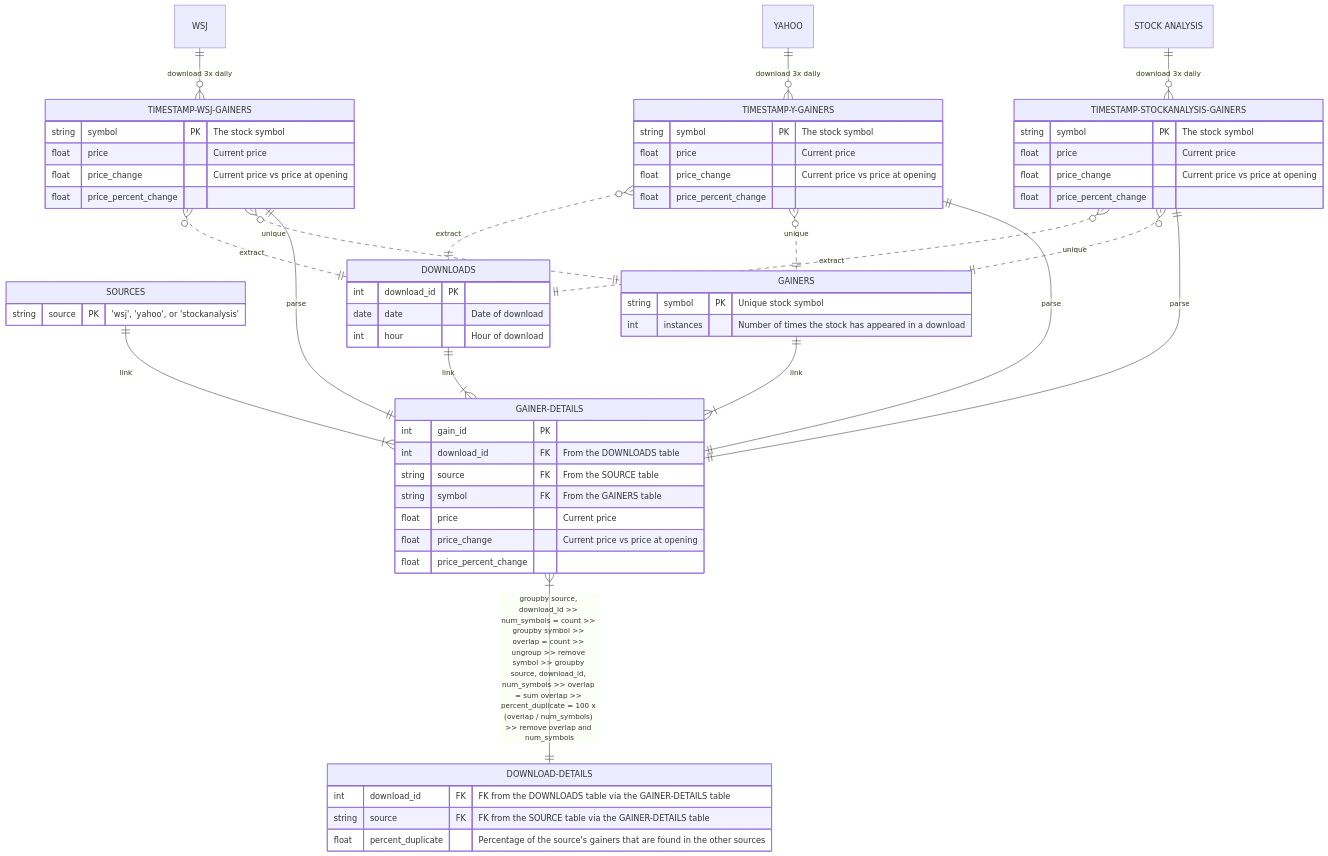
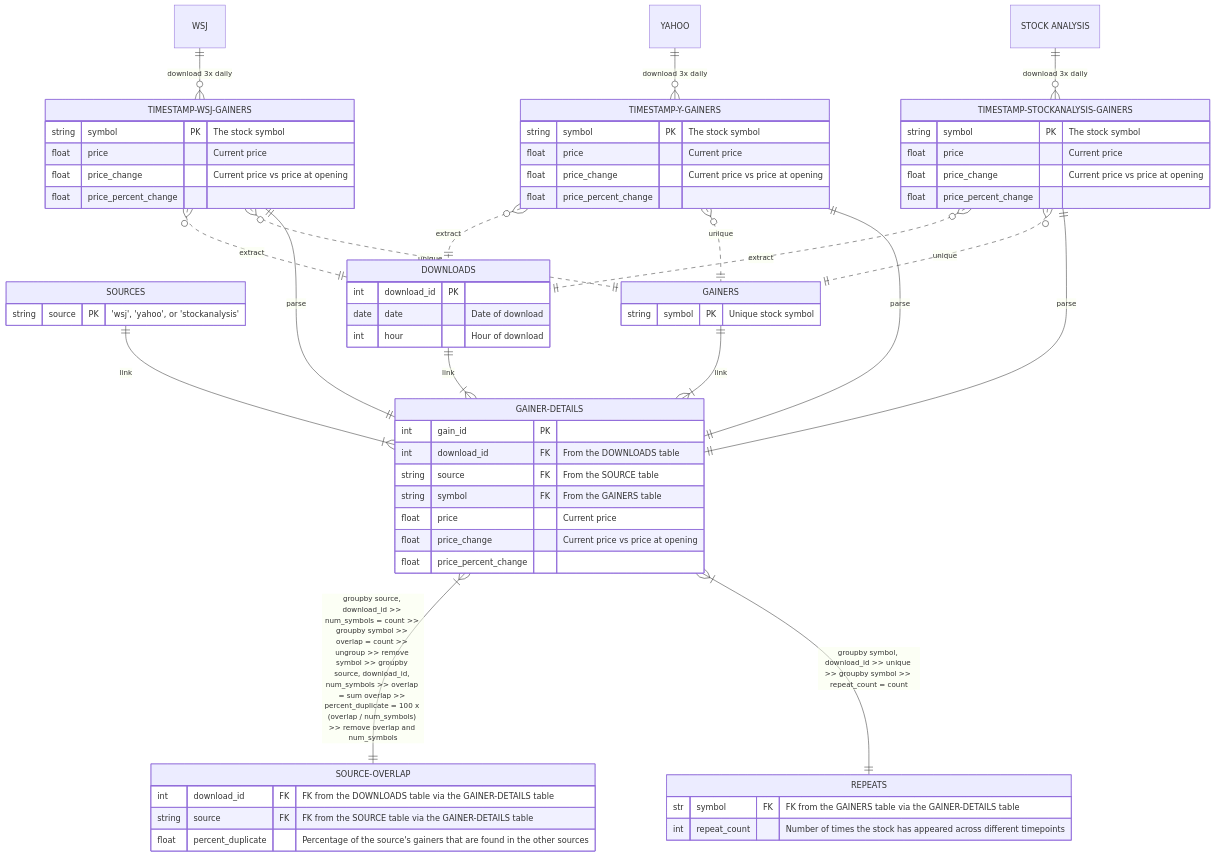
The diagram in ERD/ERD.md (KazBarker/SP25_DS5111_nrg6cb), drawn with Mermaid before and after one commit. The commit also changed 1 other file, not shown here.

Commit message:
updated with REPEATS table

````diff
--- a/ERD/ERD.md
+++ b/ERD/ERD.md
@@ -2,73 +2,79 @@
 ```mermaid
 erDiagram
     WSJ only one to zero or more TIMESTAMP-WSJ-GAINERS : "download 3x daily"
     YAHOO only one to zero or more TIMESTAMP-Y-GAINERS : "download 3x daily"
     "STOCK ANALYSIS" only one to zero or more TIMESTAMP-STOCKANALYSIS-GAINERS : "download 3x daily"
     
     TIMESTAMP-WSJ-GAINERS {
         string symbol PK "The stock symbol"
         float price "Current price"
         float price_change "Current price vs price at opening"
         float price_percent_change
     }
     TIMESTAMP-Y-GAINERS {
         string symbol PK "The stock symbol"
         float price "Current price"
         float price_change "Current price vs price at opening"
         float price_percent_change
     }
     TIMESTAMP-STOCKANALYSIS-GAINERS {
         string symbol PK "The stock symbol"
         float price "Current price"
         float price_change "Current price vs price at opening"
         float price_percent_change
     }
 
     SOURCES {
         string source PK "'wsj', 'yahoo', or 'stockanalysis'"
     }
  
     TIMESTAMP-WSJ-GAINERS many optionally to only one DOWNLOADS : "extract"
     TIMESTAMP-Y-GAINERS many optionally to only one DOWNLOADS : "extract"
     TIMESTAMP-STOCKANALYSIS-GAINERS many optionally to only one DOWNLOADS : "extract"
 
     DOWNLOADS {
         int download_id PK
         date date "Date of download"
         int hour "Hour of download"
     }
 
     TIMESTAMP-WSJ-GAINERS many optionally to only one GAINERS : "unique"
     TIMESTAMP-Y-GAINERS many optionally to only one GAINERS : "unique"
     TIMESTAMP-STOCKANALYSIS-GAINERS many optionally to only one GAINERS : "unique"
 
     GAINERS {
         string symbol PK "Unique stock symbol"
-        int instances "Number of times the stock has appeared in a download"
     }
     
     DOWNLOADS one to one or more GAINER-DETAILS : "link"
     SOURCES one to one or more GAINER-DETAILS : "link"
     GAINERS one to one or more GAINER-DETAILS : "link"
     TIMESTAMP-WSJ-GAINERS one to one GAINER-DETAILS : "parse"
     TIMESTAMP-Y-GAINERS one to one GAINER-DETAILS : "parse"
     TIMESTAMP-STOCKANALYSIS-GAINERS one to one GAINER-DETAILS : "parse"
 
     GAINER-DETAILS {
         int gain_id PK
         int download_id FK "From the DOWNLOADS table"
         string source FK "From the SOURCE table"
         string symbol FK "From the GAINERS table"
         float price "Current price"
         float price_change "Current price vs price at opening"
         float price_percent_change
     }
 
-    GAINER-DETAILS one or more to one DOWNLOAD-DETAILS : "groupby source, download_id >> num_symbols = count >> groupby symbol >> overlap = count >> ungroup >> remove symbol >> groupby source, download_id, num_symbols >> overlap = sum overlap >> percent_duplicate = 100 x (overlap / num_symbols) >> remove overlap and num_symbols"
+    GAINER-DETAILS one or more to one SOURCE-OVERLAP : "groupby source, download_id >> num_symbols = count >> groupby symbol >> overlap = count >> ungroup >> remove symbol >> groupby source, download_id, num_symbols >> overlap = sum overlap >> percent_duplicate = 100 x (overlap / num_symbols) >> remove overlap and num_symbols"
 
-    DOWNLOAD-DETAILS {
+    SOURCE-OVERLAP {
         int download_id FK "FK from the DOWNLOADS table via the GAINER-DETAILS table"
         string source FK "FK from the SOURCE table via the GAINER-DETAILS table"
         float percent_duplicate "Percentage of the source's gainers that are found in the other sources"
     }
+
+    GAINER-DETAILS one or more to one REPEATS : "groupby symbol, download_id >> unique >> groupby symbol >> repeat_count = count"
+
+    REPEATS {
+        str symbol FK "FK from the GAINERS table via the GAINER-DETAILS table"
+        int repeat_count "Number of times the stock has appeared across different timepoints"
+    }
 ```
````
